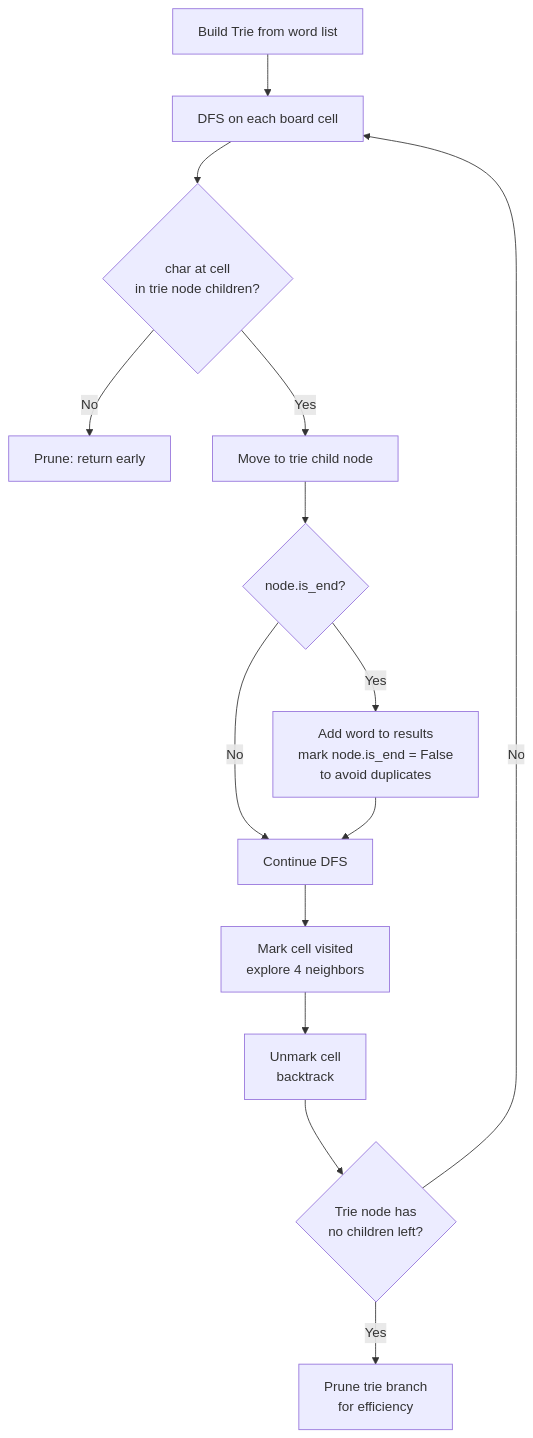
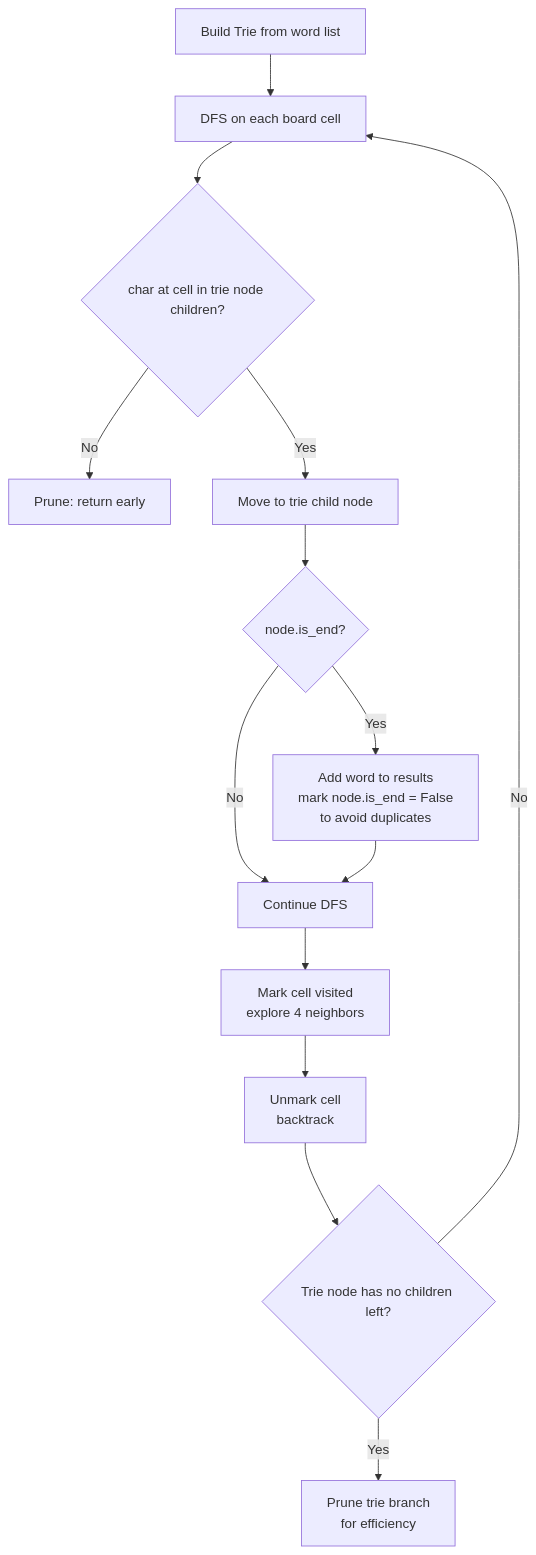
One commit to deepanshu-rawat6/AlgoAtlas changed the fifth of 7 diagrams in tries/README.md. Above: the diagram before and after it, drawn with Mermaid. The commit also changed other lines of this file and 43 other files, not shown here.

````diff
--- a/tries/README.md
+++ b/tries/README.md
@@ -83,16 +83,16 @@
 ```mermaid
 flowchart TD
     A[Build Trie from word list] --> B[DFS on each board cell]
-    B --> C{char at cell<br>in trie node children?}
+    B --> C{"char at cell in trie node children?"}
     C -- No --> D[Prune: return early]
     C -- Yes --> E[Move to trie child node]
-    E --> F{node.is_end?}
+    E --> F{"node.is_end?"}
     F -- Yes --> G[Add word to results<br>mark node.is_end = False<br>to avoid duplicates]
     F -- No --> H[Continue DFS]
     G --> H
     H --> I[Mark cell visited<br>explore 4 neighbors]
     I --> J[Unmark cell<br>backtrack]
-    J --> K{Trie node has<br>no children left?}
+    J --> K{"Trie node has no children left?"}
     K -- Yes --> L[Prune trie branch<br>for efficiency]
     K -- No --> B
 ```
````
